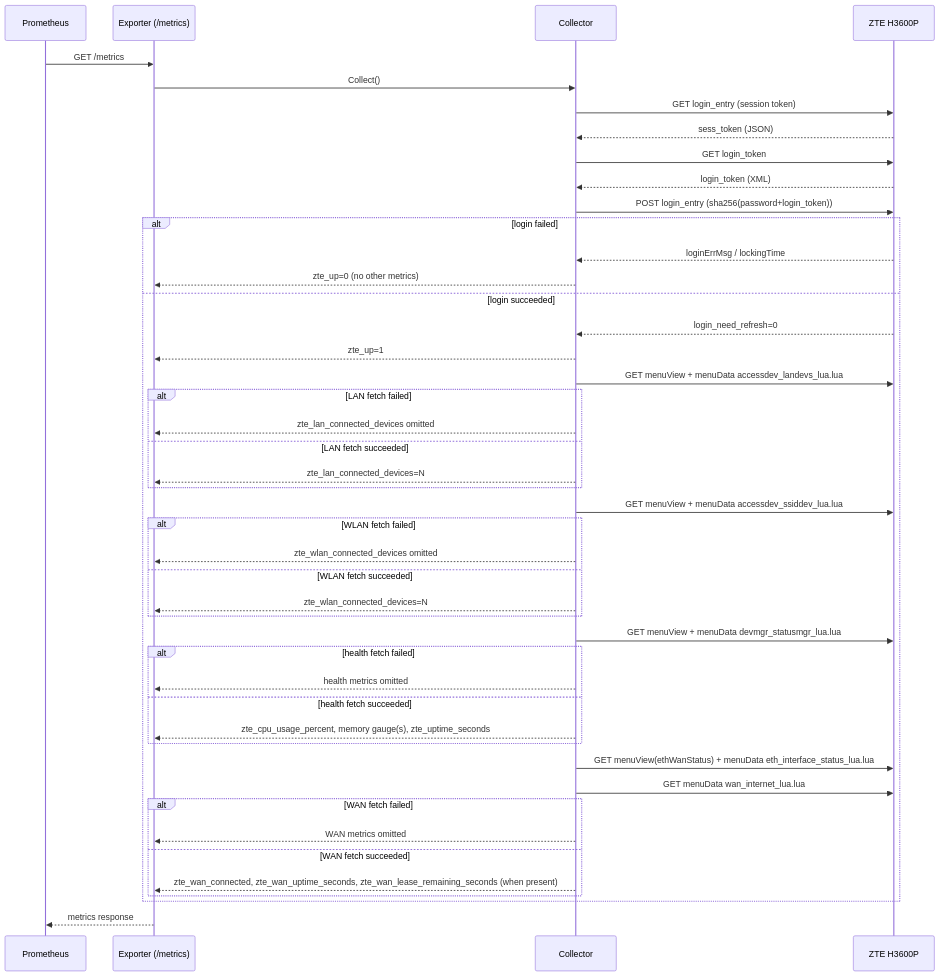
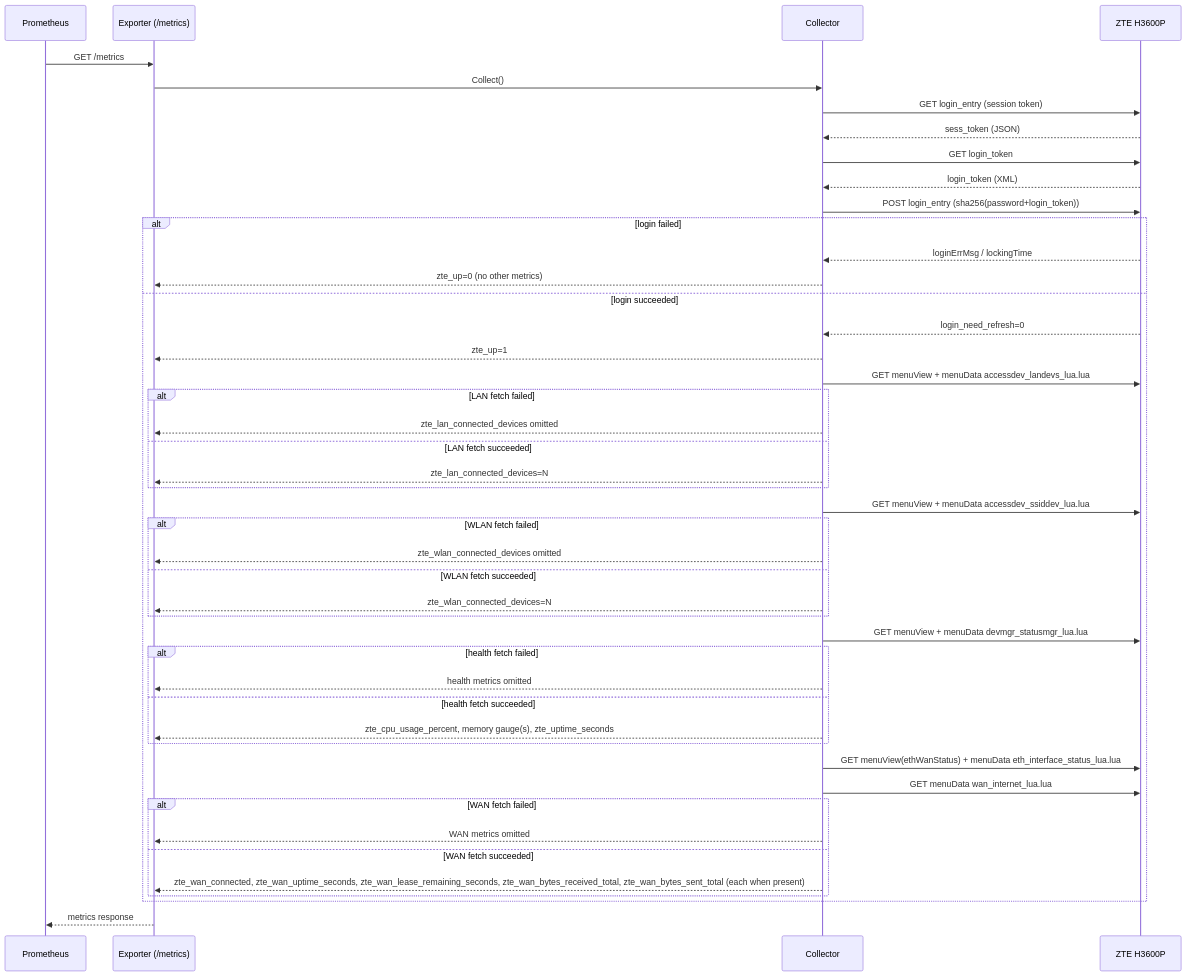
Before and after one commit to cristianat98/ZTE-Exporter: the diagram in docs/flows.md, drawn with Mermaid. The commit also changed other lines of this file and 6 other files, not shown here.

````diff
--- a/docs/flows.md
+++ b/docs/flows.md
@@ -8,48 +8,48 @@
 ```mermaid
 sequenceDiagram
     participant Prometheus
     participant Exporter as Exporter (/metrics)
     participant Collector
     participant Router as ZTE H3600P
 
     Prometheus->>Exporter: GET /metrics
     Exporter->>Collector: Collect()
     Collector->>Router: GET login_entry (session token)
     Router-->>Collector: sess_token (JSON)
     Collector->>Router: GET login_token
     Router-->>Collector: login_token (XML)
     Collector->>Router: POST login_entry (sha256(password+login_token))
     alt login failed
         Router-->>Collector: loginErrMsg / lockingTime
         Collector-->>Exporter: zte_up=0 (no other metrics)
     else login succeeded
         Router-->>Collector: login_need_refresh=0
         Collector-->>Exporter: zte_up=1
         Collector->>Router: GET menuView + menuData accessdev_landevs_lua.lua
         alt LAN fetch failed
             Collector-->>Exporter: zte_lan_connected_devices omitted
         else LAN fetch succeeded
             Collector-->>Exporter: zte_lan_connected_devices=N
         end
         Collector->>Router: GET menuView + menuData accessdev_ssiddev_lua.lua
         alt WLAN fetch failed
             Collector-->>Exporter: zte_wlan_connected_devices omitted
         else WLAN fetch succeeded
             Collector-->>Exporter: zte_wlan_connected_devices=N
         end
         Collector->>Router: GET menuView + menuData devmgr_statusmgr_lua.lua
         alt health fetch failed
             Collector-->>Exporter: health metrics omitted
         else health fetch succeeded
             Collector-->>Exporter: zte_cpu_usage_percent, memory gauge(s), zte_uptime_seconds
         end
         Collector->>Router: GET menuView(ethWanStatus) + menuData eth_interface_status_lua.lua
         Collector->>Router: GET menuData wan_internet_lua.lua
         alt WAN fetch failed
             Collector-->>Exporter: WAN metrics omitted
         else WAN fetch succeeded
-            Collector-->>Exporter: zte_wan_connected, zte_wan_uptime_seconds, zte_wan_lease_remaining_seconds (when present)
+            Collector-->>Exporter: zte_wan_connected, zte_wan_uptime_seconds, zte_wan_lease_remaining_seconds, zte_wan_bytes_received_total, zte_wan_bytes_sent_total (each when present)
         end
     end
     Exporter-->>Prometheus: metrics response
 ```
````
